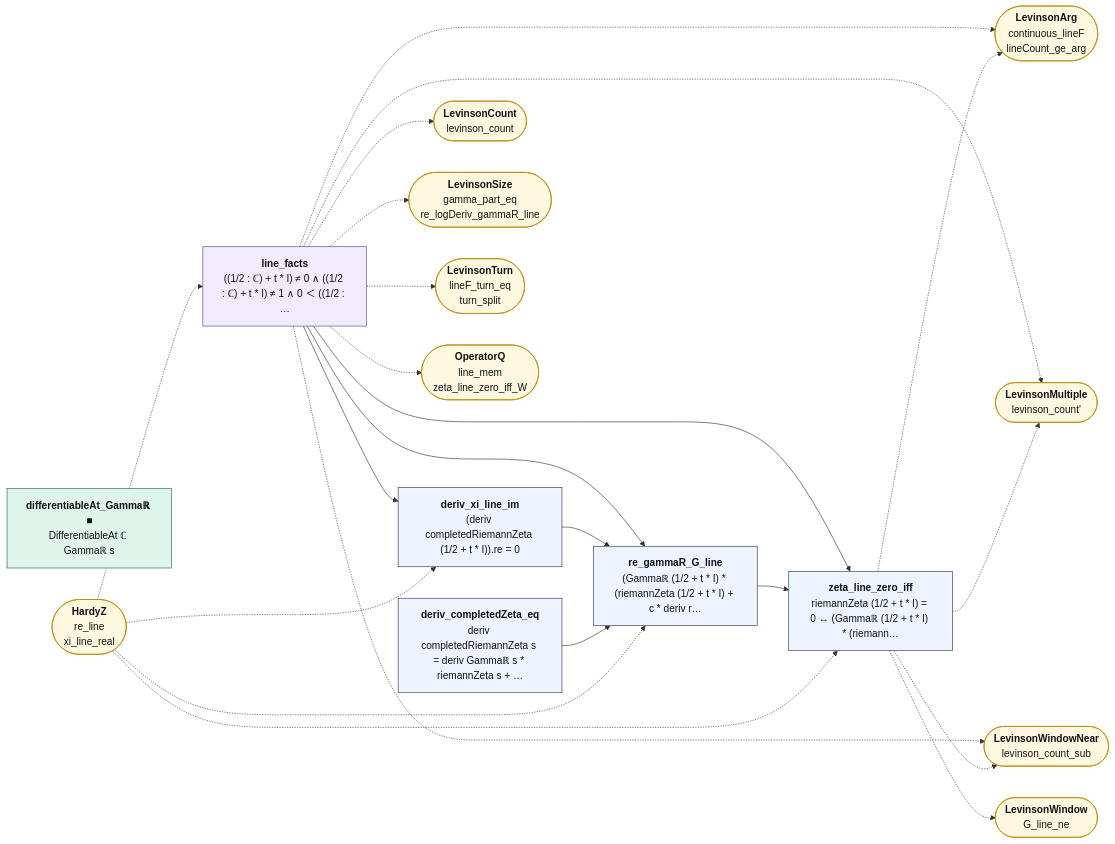
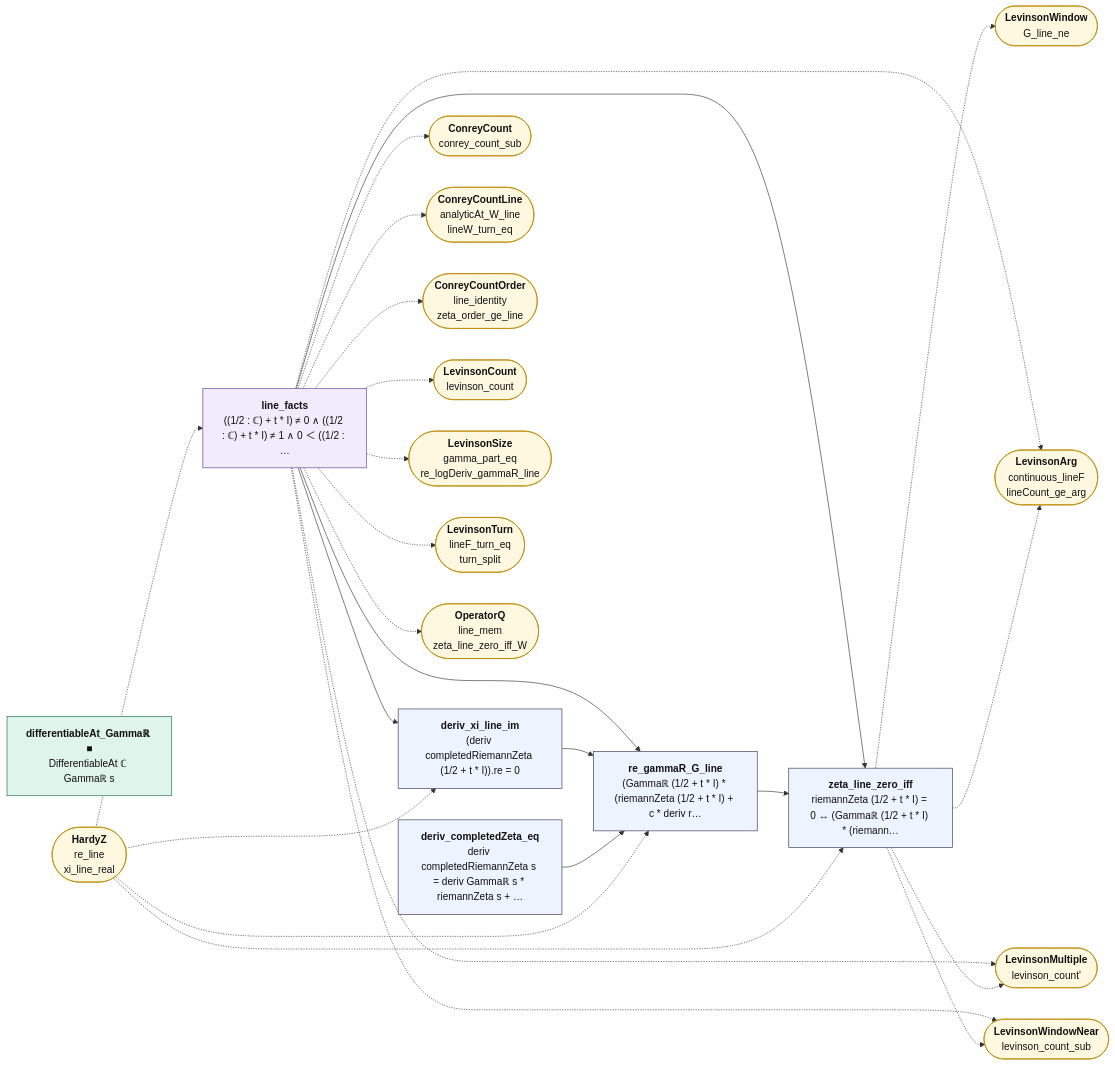
The diagram in map/lean_stage3/LevinsonLine.md (juliansambranojr/Primebeat_081426), drawn with Mermaid before and after one commit. The commit also changed other lines of this file and 48 other files, not shown here.

````diff
--- a/map/lean_stage3/LevinsonLine.md
+++ b/map/lean_stage3/LevinsonLine.md
@@ -14,47 +14,53 @@
 ```mermaid
 flowchart LR
   n0["<b>line_facts</b><br/>((1/2 : ℂ) + t * I) ≠ 0 ∧ ((1/2 : ℂ) + t * I) ≠ 1 ∧ 0 ＜ ((1/2 : …"]:::shp
   n1["<b>deriv_xi_line_im</b><br/>(deriv completedRiemannZeta (1/2 + t * I)).re = 0"]:::thm
   n2["<b>differentiableAt_Gammaℝ ■</b><br/>DifferentiableAt ℂ Gammaℝ s"]:::cnt
   n3["<b>deriv_completedZeta_eq</b><br/>deriv completedRiemannZeta s = deriv Gammaℝ s * riemannZeta s + …"]:::thm
   n4["<b>re_gammaR_G_line</b><br/>(Gammaℝ (1/2 + t * I) * (riemannZeta (1/2 + t * I) + c * deriv r…"]:::thm
   n5["<b>zeta_line_zero_iff</b><br/>riemannZeta (1/2 + t * I) = 0 ↔ (Gammaℝ (1/2 + t * I) * (riemann…"]:::thm
   x0(["<b>HardyZ</b><br/>re_line<br/>xi_line_real"]):::ext
-  x1(["<b>LevinsonArg</b><br/>continuous_lineF<br/>lineCount_ge_arg"]):::ext
-  x2(["<b>LevinsonCount</b><br/>levinson_count"]):::ext
-  x3(["<b>LevinsonMultiple</b><br/>levinson_count'"]):::ext
-  x4(["<b>LevinsonSize</b><br/>gamma_part_eq<br/>re_logDeriv_gammaR_line"]):::ext
-  x5(["<b>LevinsonTurn</b><br/>lineF_turn_eq<br/>turn_split"]):::ext
-  x6(["<b>LevinsonWindowNear</b><br/>levinson_count_sub"]):::ext
-  x7(["<b>OperatorQ</b><br/>line_mem<br/>zeta_line_zero_iff_W"]):::ext
-  x8(["<b>LevinsonWindow</b><br/>G_line_ne"]):::ext
+  x1(["<b>ConreyCount</b><br/>conrey_count_sub"]):::ext
+  x2(["<b>ConreyCountLine</b><br/>analyticAt_W_line<br/>lineW_turn_eq"]):::ext
+  x3(["<b>ConreyCountOrder</b><br/>line_identity<br/>zeta_order_ge_line"]):::ext
+  x4(["<b>LevinsonArg</b><br/>continuous_lineF<br/>lineCount_ge_arg"]):::ext
+  x5(["<b>LevinsonCount</b><br/>levinson_count"]):::ext
+  x6(["<b>LevinsonMultiple</b><br/>levinson_count'"]):::ext
+  x7(["<b>LevinsonSize</b><br/>gamma_part_eq<br/>re_logDeriv_gammaR_line"]):::ext
+  x8(["<b>LevinsonTurn</b><br/>lineF_turn_eq<br/>turn_split"]):::ext
+  x9(["<b>LevinsonWindowNear</b><br/>levinson_count_sub"]):::ext
+  x10(["<b>OperatorQ</b><br/>line_mem<br/>zeta_line_zero_iff_W"]):::ext
+  x11(["<b>LevinsonWindow</b><br/>G_line_ne"]):::ext
   n0 --> n1
   n0 --> n4
   n0 --> n5
   n1 --> n4
   n3 --> n4
   n4 --> n5
   n0 -.-> x1
+  n0 -.-> x10
   n0 -.-> x2
   n0 -.-> x3
   n0 -.-> x4
   n0 -.-> x5
   n0 -.-> x6
   n0 -.-> x7
-  n5 -.-> x1
-  n5 -.-> x3
+  n0 -.-> x8
+  n0 -.-> x9
+  n5 -.-> x11
+  n5 -.-> x4
   n5 -.-> x6
-  n5 -.-> x8
+  n5 -.-> x9
   x0 -.-> n0
   x0 -.-> n1
   x0 -.-> n4
   x0 -.-> n5
   classDef cnt fill:#dff5ec,stroke:#17694a,color:#111
   classDef shp fill:#f1ecfb,stroke:#5b3fa0,color:#111
   classDef rh fill:#ffe5e5,stroke:#c22,color:#111,stroke-width:2px
   classDef thm fill:#eef4ff,stroke:#335,color:#111
   classDef end_ fill:#e7f7e7,stroke:#2a7,color:#111,stroke-width:2px
   classDef lone fill:#fff,stroke:#999,color:#111,stroke-dasharray:4 3
   classDef bad fill:#ffe5e5,stroke:#c22,color:#111,stroke-width:2px
   classDef ext fill:#fff8e1,stroke:#b80,color:#111
 ```
````
